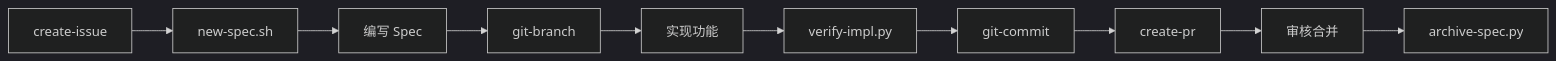
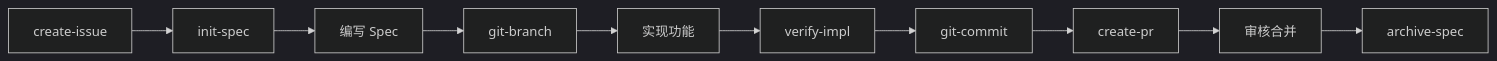
The diagram in docs/local-development-flow.md (jialinamazon404/DevForge-Flow), drawn with Mermaid (dark theme) before and after one commit. The commit also changed other lines of this file and 4 other files, not shown here.

First line of the commit message:
feat(skills): add init-spec, verify-impl, archive-spec slash commands

````diff
--- a/docs/local-development-flow.md
+++ b/docs/local-development-flow.md
@@ -139,12 +142,12 @@
 ```mermaid
 flowchart LR
-    A[create-issue] --> B[new-spec.sh]
+    A[create-issue] --> B[init-spec]
     B --> C[编写 Spec]
     C --> D[git-branch]
     D --> E[实现功能]
-    E --> F[verify-impl.py]
+    E --> F[verify-impl]
     F --> G[git-commit]
     G --> H[create-pr]
     H --> I[审核合并]
-    I --> J[archive-spec.py]
+    I --> J[archive-spec]
 ```
````
